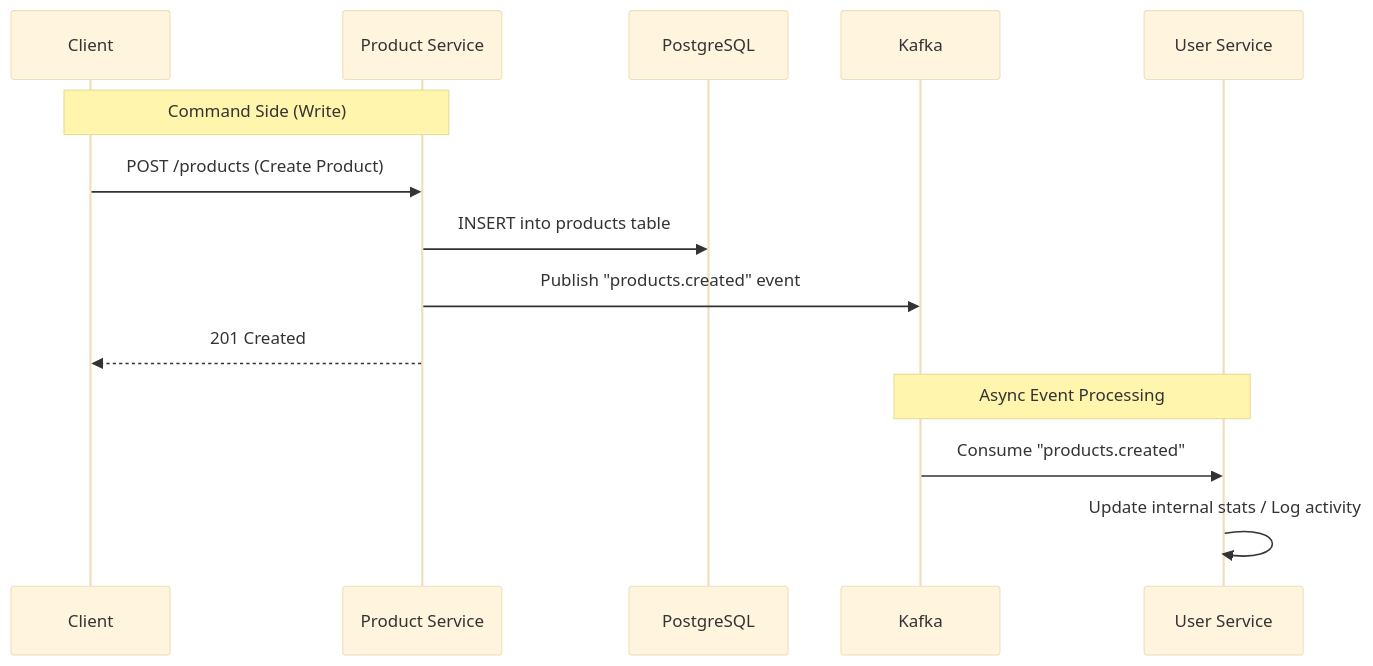
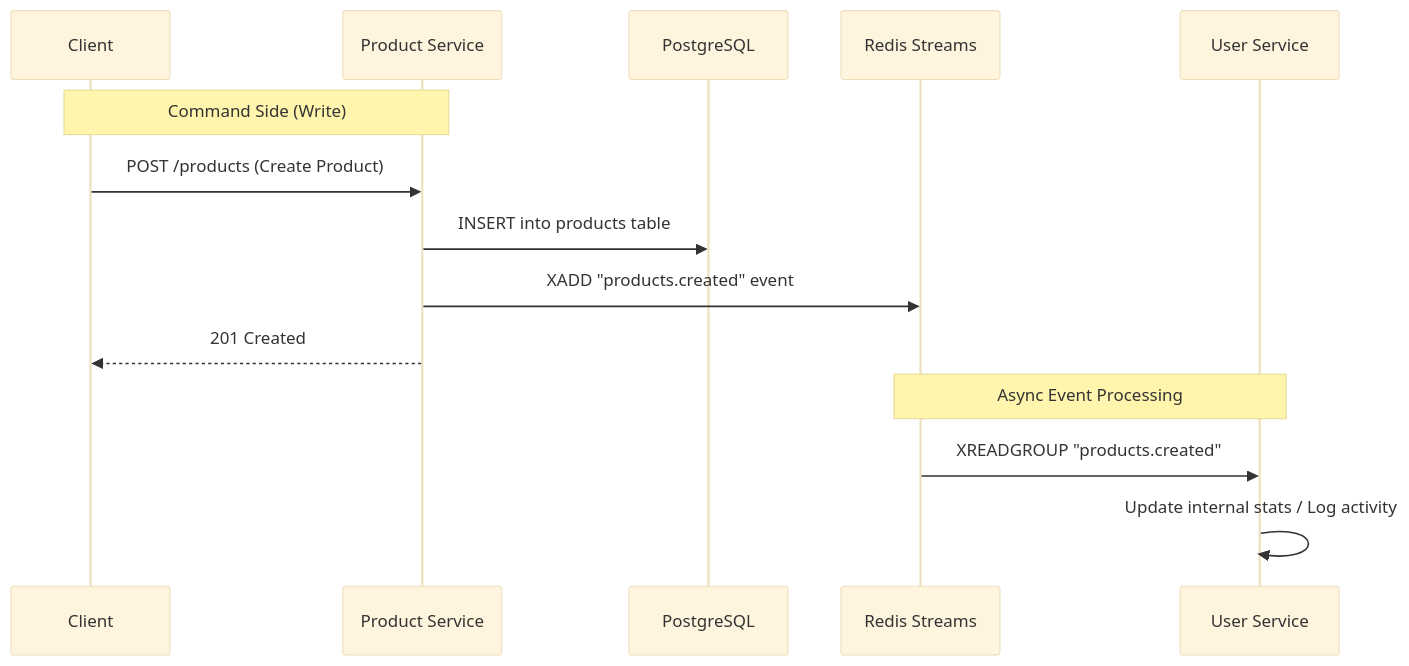
One commit to aldoignatachandra/Bun-Hono-Redis-Boilerplate changed the second of 2 diagrams in README.md. Above: the diagram before and after it, drawn with Mermaid (base theme). The commit also changed other lines of this file and 68 other files, not shown here.

````diff
--- a/README.md
+++ b/README.md
@@ -87,18 +87,18 @@
 ```mermaid
 sequenceDiagram
   participant C as Client
   participant P as Product Service
   participant D as PostgreSQL
-  participant K as Kafka
+  participant K as Redis Streams
   participant U as User Service
 
   Note over C,P: Command Side (Write)
   C->>P: POST /products (Create Product)
   P->>D: INSERT into products table
-  P->>K: Publish "products.created" event
+  P->>K: XADD "products.created" event
   P-->>C: 201 Created
 
   Note over K,U: Async Event Processing
-  K->>U: Consume "products.created"
+  K->>U: XREADGROUP "products.created"
   U->>U: Update internal stats / Log activity
 ```
````
